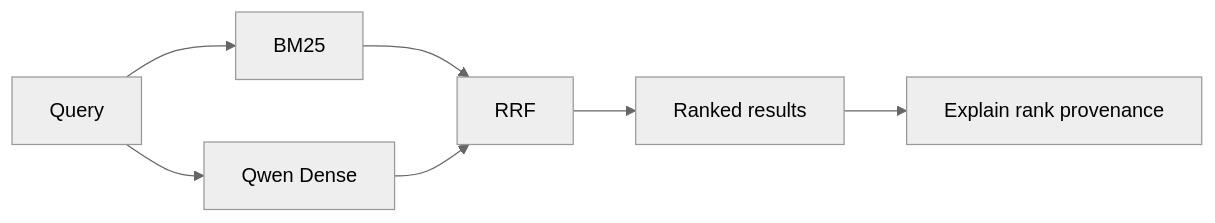
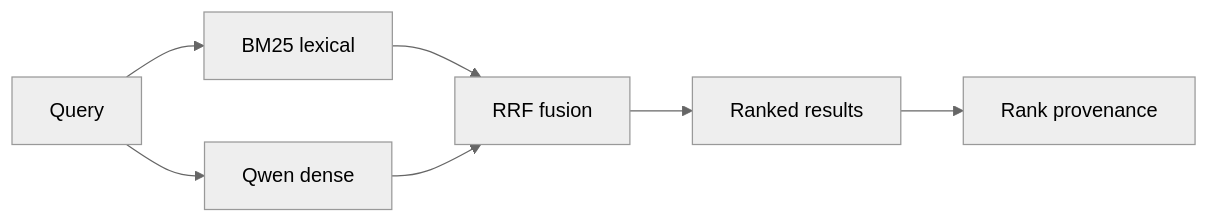
The diagram in README.md (kolihhan/local-rag-search), drawn with Mermaid (neutral theme) before and after one commit. The commit also changed other lines of this file, not shown here.

````diff
--- a/README.md
+++ b/README.md
@@ -52,9 +51,9 @@
 ```mermaid
 flowchart LR
-    Q[Query] --> B[BM25]
-    Q --> D[Qwen Dense]
-    B --> F[RRF]
+    Q[Query] --> B[BM25 lexical]
+    Q --> D[Qwen dense]
+    B --> F[RRF fusion]
     D --> F
     F --> R[Ranked results]
-    R --> E[Explain rank provenance]
+    R --> P[Rank provenance]
 ```
````
